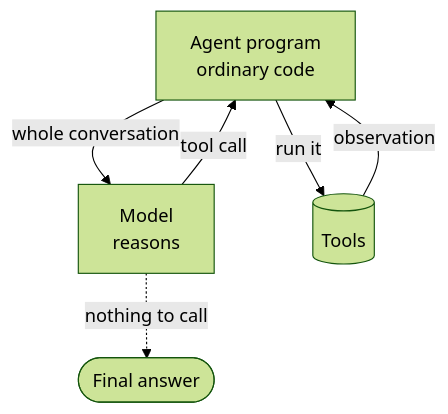
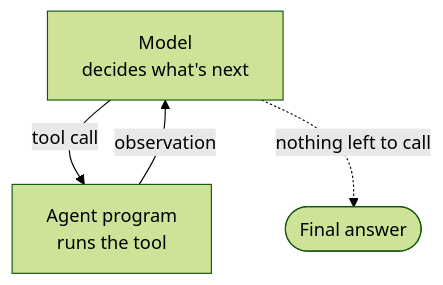
One commit to Base2Labs/ai-for-the-rest-of-us changed the diagram in pages/04-the-react-loop.md. Above: the diagram before and after it, drawn with Mermaid (forest theme). The commit also changed other lines of this file and 5 other files, not shown here.

````diff
--- a/pages/04-the-react-loop.md
+++ b/pages/04-the-react-loop.md
@@ -43,13 +43,9 @@
-```mermaid {scale: 0.68}
+```mermaid {scale: 0.82}
 flowchart TD
-    A["Agent program<br/>ordinary code"]
-    M["Model<br/>reasons"]
-    T[("Tools")]
+    M["Model<br/>decides what's next"]
+    A["Agent program<br/>runs the tool"]
     D(["Final answer"])
-
-    A -->|"whole conversation"| M
     M -->|"tool call"| A
-    A -->|"run it"| T
-    T -->|"observation"| A
-    M -.->|"nothing to call"| D
+    A -->|"observation"| M
+    M -.->|"nothing left to call"| D
 ```
````
